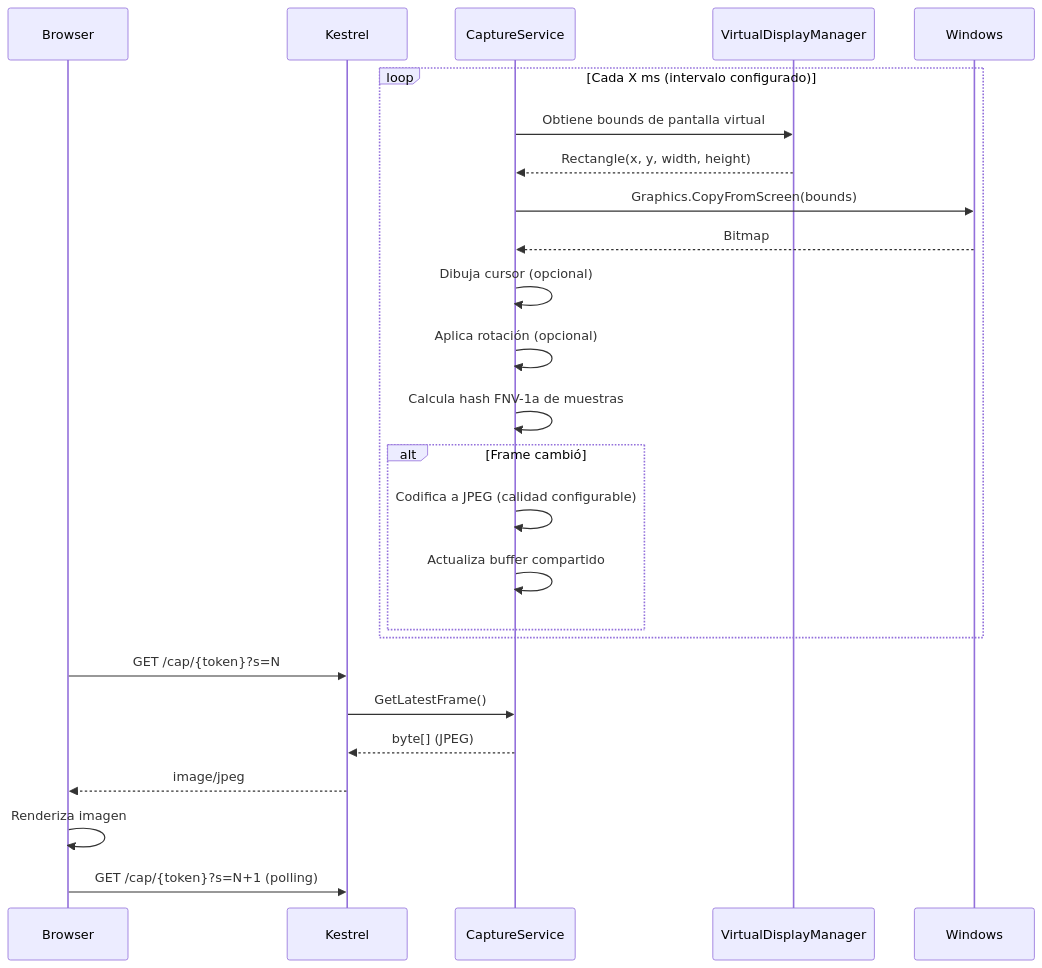
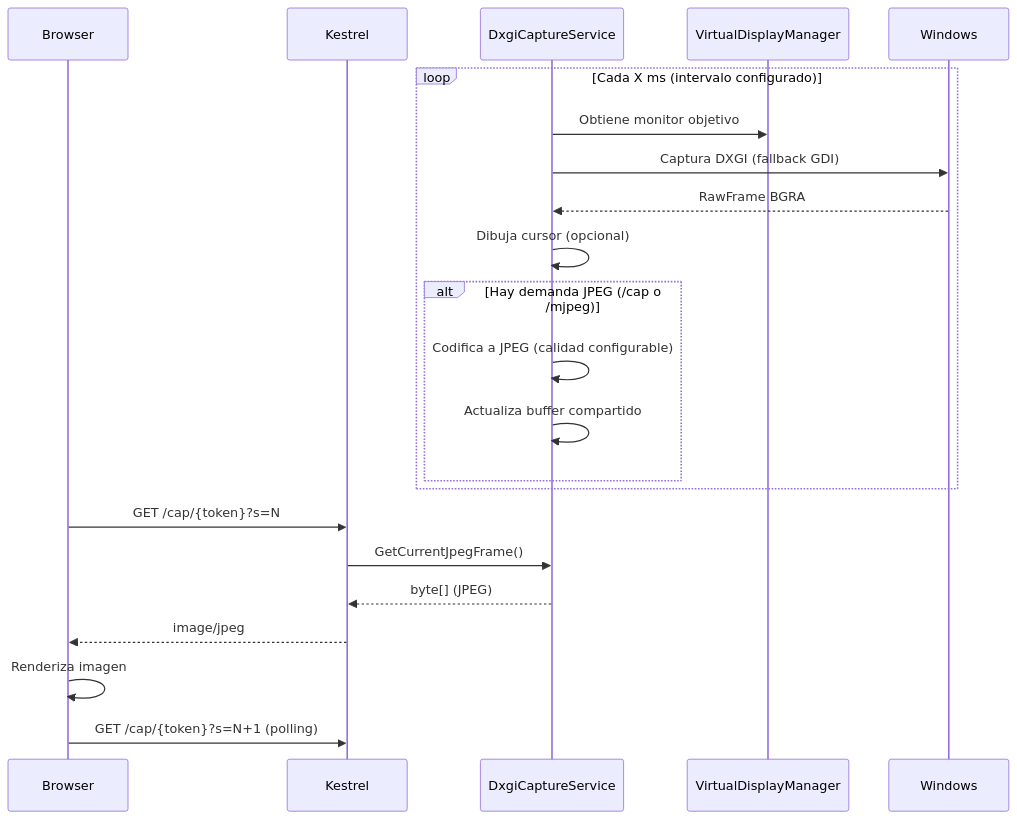
Before and after one commit to quiro90/VirtualWebDisplay: the third of 5 diagrams in docs/ARCHITECTURE.md, drawn with Mermaid. The commit also changed other lines of this file and 8 other files, not shown here.

````diff
--- a/docs/ARCHITECTURE.md
+++ b/docs/ARCHITECTURE.md
@@ -291,30 +294,27 @@
 ```mermaid
 sequenceDiagram
     participant Browser
     participant Kestrel
-    participant CaptureService
+    participant DxgiCaptureService
     participant VirtualDisplayManager
     participant Windows
 
     loop Cada X ms (intervalo configurado)
-        CaptureService->>VirtualDisplayManager: Obtiene bounds de pantalla virtual
-        VirtualDisplayManager-->>CaptureService: Rectangle(x, y, width, height)
-        CaptureService->>Windows: Graphics.CopyFromScreen(bounds)
-        Windows-->>CaptureService: Bitmap
-        CaptureService->>CaptureService: Dibuja cursor (opcional)
-        CaptureService->>CaptureService: Aplica rotación (opcional)
-        CaptureService->>CaptureService: Calcula hash FNV-1a de muestras
-        alt Frame cambió
-            CaptureService->>CaptureService: Codifica a JPEG (calidad configurable)
-            CaptureService->>CaptureService: Actualiza buffer compartido
+        DxgiCaptureService->>VirtualDisplayManager: Obtiene monitor objetivo
+        DxgiCaptureService->>Windows: Captura DXGI (fallback GDI)
+        Windows-->>DxgiCaptureService: RawFrame BGRA
+        DxgiCaptureService->>DxgiCaptureService: Dibuja cursor (opcional)
+        alt Hay demanda JPEG (/cap o /mjpeg)
+            DxgiCaptureService->>DxgiCaptureService: Codifica a JPEG (calidad configurable)
+            DxgiCaptureService->>DxgiCaptureService: Actualiza buffer compartido
         end
     end
 
     Browser->>Kestrel: GET /cap/{token}?s=N
-    Kestrel->>CaptureService: GetLatestFrame()
-    CaptureService-->>Kestrel: byte[] (JPEG)
+    Kestrel->>DxgiCaptureService: GetCurrentJpegFrame()
+    DxgiCaptureService-->>Kestrel: byte[] (JPEG)
     Kestrel-->>Browser: image/jpeg
 
     Browser->>Browser: Renderiza imagen
     Browser->>Kestrel: GET /cap/{token}?s=N+1 (polling)
 ```
````
